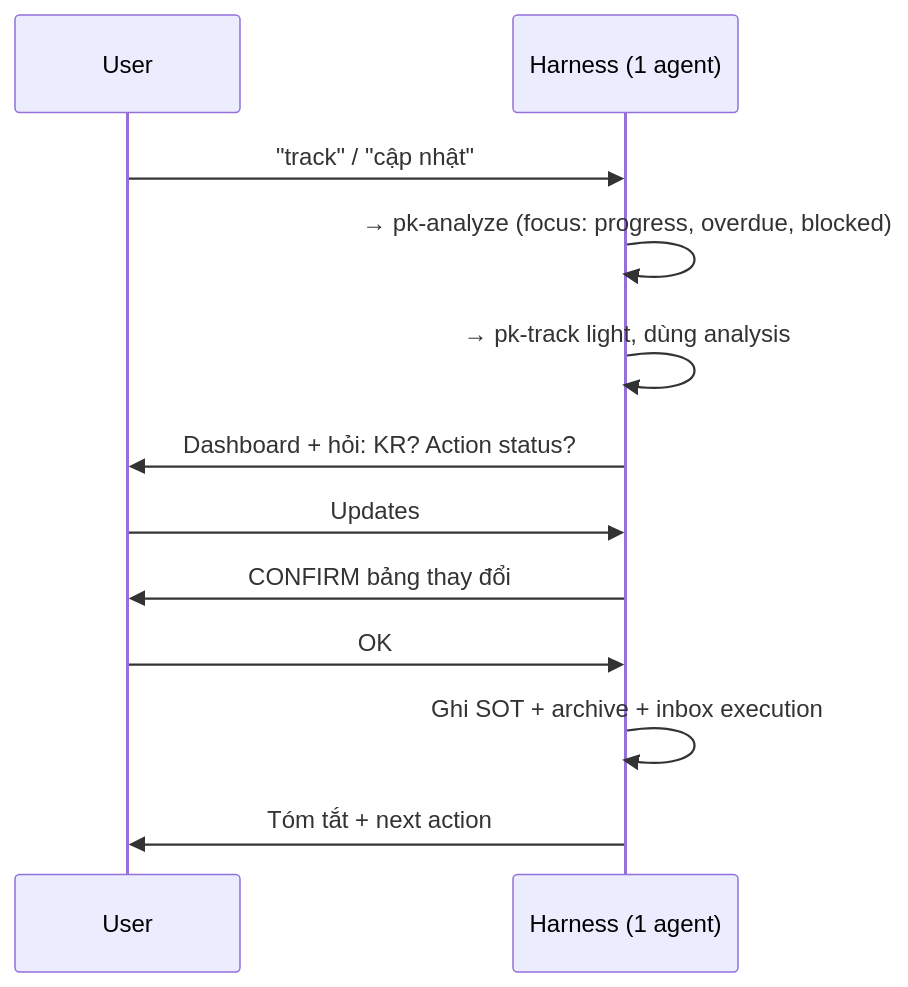
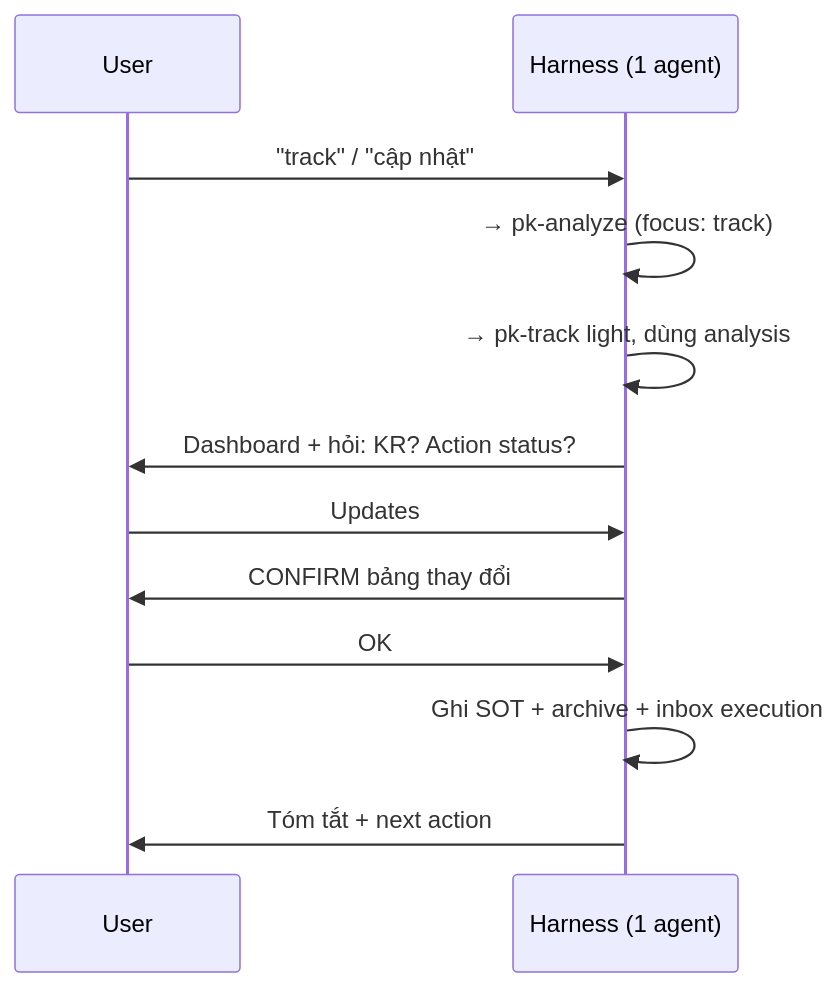
One commit to hoangvantuan/personal-assistant changed the second of 11 diagrams in skills/pk-harness/references/flows.md. Above: the diagram before and after it, drawn with Mermaid. The commit also changed 16 other files, not shown here.

````diff
--- a/skills/pk-harness/references/flows.md
+++ b/skills/pk-harness/references/flows.md
@@ -22,15 +22,15 @@
 ```mermaid
 sequenceDiagram
     participant U as User
     participant H as Harness (1 agent)
 
     U->>H: "track" / "cập nhật"
-    H->>H: → pk-analyze (focus: progress, overdue, blocked)
+    H->>H: → pk-analyze (focus: track)
     H->>H: → pk-track light, dùng analysis
     H->>U: Dashboard + hỏi: KR? Action status?
     U->>H: Updates
     H->>U: CONFIRM bảng thay đổi
     U->>H: OK
     H->>H: Ghi SOT + archive + inbox execution
     H->>U: Tóm tắt + next action
 ```
````
